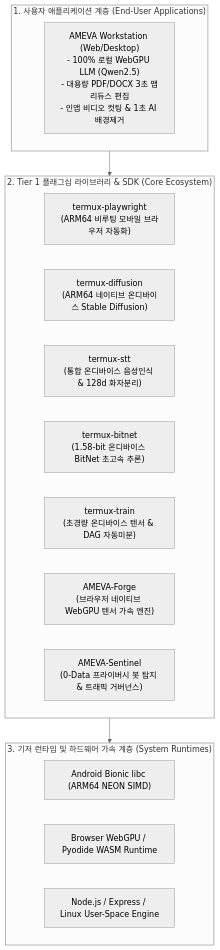
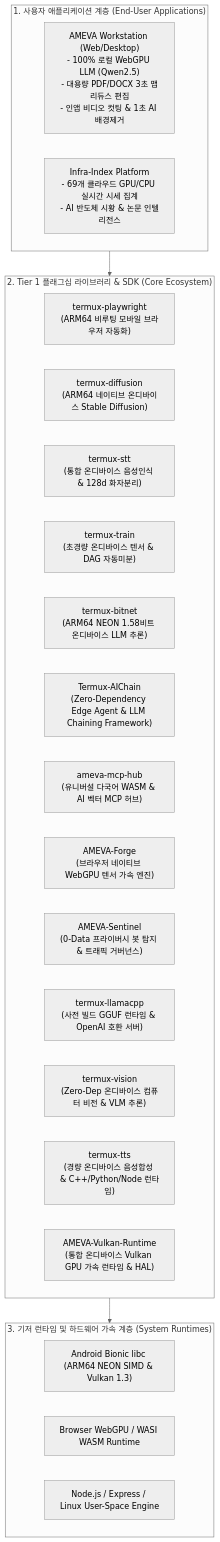
The diagram in README.md (uno-km/uno-km), drawn with Mermaid (neutral theme) before and after one commit. The commit also changed other lines of this file and 36 other files, not shown here.

````diff
--- a/README.md
+++ b/README.md
@@ -125,25 +125,32 @@
 ```mermaid
 flowchart TD
     subgraph AppLayer ["1. 사용자 애플리케이션 계층 (End-User Applications)"]
         Workstation["AMEVA Workstation (Web/Desktop)<br/>- 100% 로컬 WebGPU LLM (Qwen2.5)<br/>- 대용량 PDF/DOCX 3초 맵리듀스 편집<br/>- 인앱 비디오 컷팅 & 1초 AI 배경제거"]
+        InfraIndex["Infra-Index Platform<br/>- 69개 클라우드 GPU/CPU 실시간 시세 집계<br/>- AI 반도체 시황 & 논문 인텔리전스"]
     end
 
     subgraph CoreLibs ["2. Tier 1 플래그십 라이브러리 & SDK (Core Ecosystem)"]
         Playwright["termux-playwright<br/>(ARM64 비루팅 모바일 브라우저 자동화)"]
         Diffusion["termux-diffusion<br/>(ARM64 네이티브 온디바이스 Stable Diffusion)"]
         STT["termux-stt<br/>(통합 온디바이스 음성인식 & 128d 화자분리)"]
-        BitNet["termux-bitnet<br/>(1.58-bit 온디바이스 BitNet 초고속 추론)"]
         Train["termux-train<br/>(초경량 온디바이스 텐서 & DAG 자동미분)"]
+        BitNet["termux-bitnet<br/>(ARM64 NEON 1.58비트 온디바이스 LLM 추론)"]
+        AIChain["Termux-AIChain<br/>(Zero-Dependency Edge Agent & LLM Chaining Framework)"]
+        MCPHub["ameva-mcp-hub<br/>(유니버설 다국어 WASM & AI 벡터 MCP 허브)"]
         Forge["AMEVA-Forge<br/>(브라우저 네이티브 WebGPU 텐서 가속 엔진)"]
         Sentinel["AMEVA-Sentinel<br/>(0-Data 프라이버시 봇 탐지 & 트래픽 거버넌스)"]
+        LlamaCpp["termux-llamacpp<br/>(사전 빌드 GGUF 런타임 & OpenAI 호환 서버)"]
+        Vision["termux-vision<br/>(Zero-Dep 온디바이스 컴퓨터 비전 & VLM 추론)"]
+        TTS["termux-tts<br/>(경량 온디바이스 음성합성 & C++/Python/Node 런타임)"]
+        VulkanRuntime["AMEVA-Vulkan-Runtime<br/>(통합 온디바이스 Vulkan GPU 가속 런타임 & HAL)"]
     end
 
     subgraph RuntimeLayer ["3. 기저 런타임 및 하드웨어 가속 계층 (System Runtimes)"]
-        AndroidBionic["Android Bionic libc (ARM64 NEON SIMD)"]
-        WebGPU_WASM["Browser WebGPU / Pyodide WASM Runtime"]
+        AndroidBionic["Android Bionic libc (ARM64 NEON SIMD & Vulkan 1.3)"]
+        WebGPU_WASM["Browser WebGPU / WASI WASM Runtime"]
         NodeLinux["Node.js / Express / Linux User-Space Engine"]
     end
 
     AppLayer --> CoreLibs
     CoreLibs --> RuntimeLayer
 ```
````
